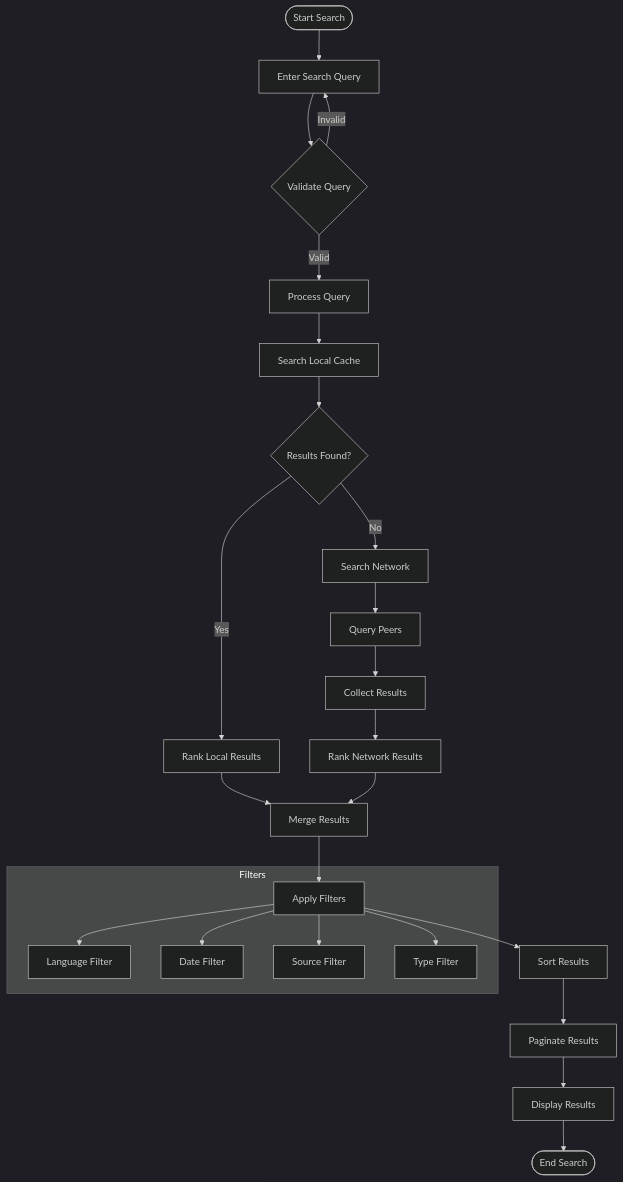
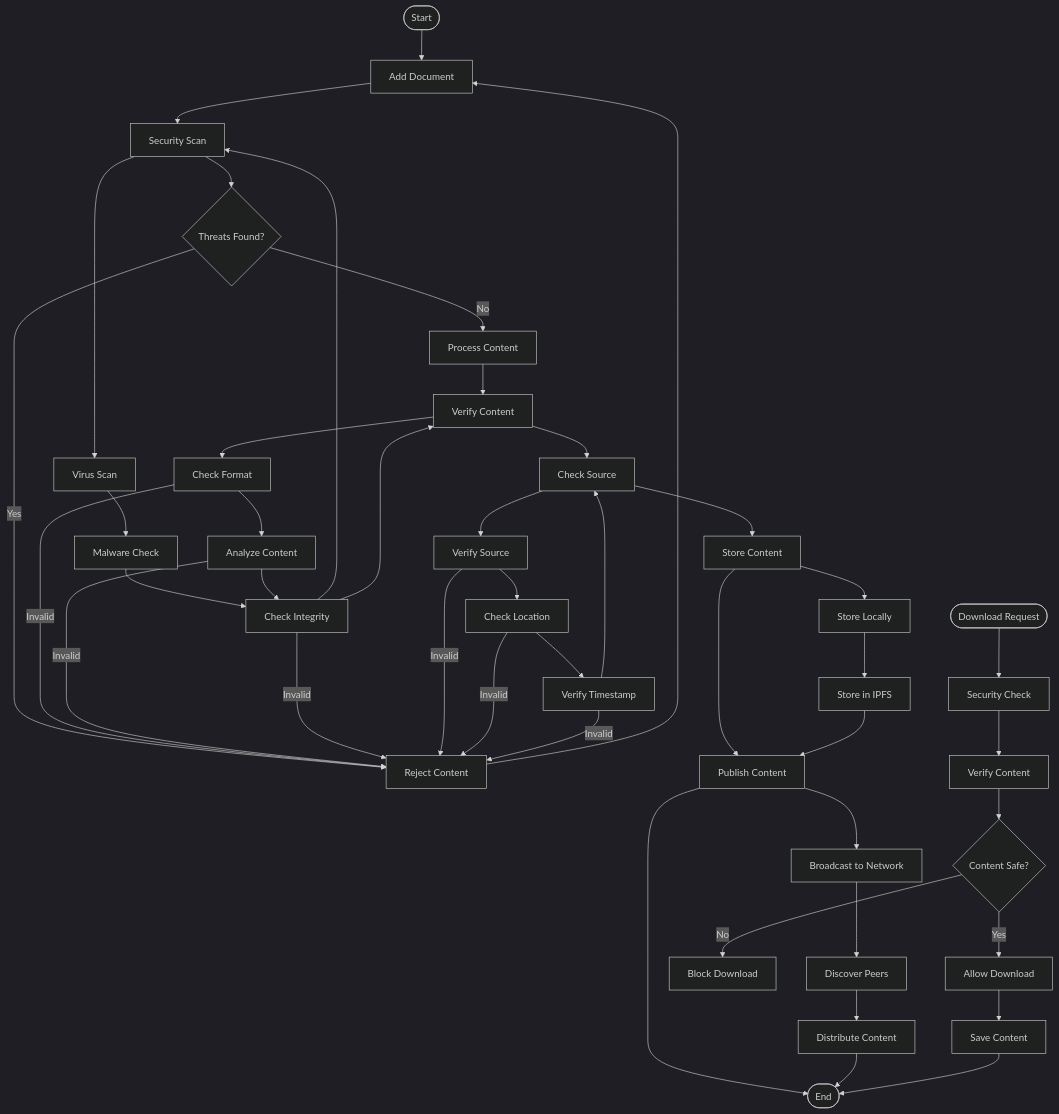
The diagram in Software Engineering/activity_diagram.md (AlLibrary-Libertarian-knowledge/DocsAndResearch_AlLibrary), drawn with Mermaid (dark theme) before and after one commit. The commit also changed 17 other files, not shown here.

````diff
--- a/Software Engineering/activity_diagram.md
+++ b/Software Engineering/activity_diagram.md
@@ -1,33 +1,61 @@
 ```mermaid
-flowchart TD
-    Start([Start Search]) --> Input[Enter Search Query]
-    Input --> Validate{Validate Query}
-    Validate -->|Invalid| Input
-    Validate -->|Valid| Process[Process Query]
+graph TB
+    %% Document Processing Flow
+    Start([Start]) --> AddDoc[Add Document]
+    AddDoc --> SecurityScan[Security Scan]
+    SecurityScan --> ThreatCheck{Threats Found?}
+    ThreatCheck -->|Yes| RejectContent[Reject Content]
+    ThreatCheck -->|No| ProcessContent[Process Content]
+    ProcessContent --> VerifyContent[Verify Content]
+    VerifyContent --> CheckSource[Check Source]
+    CheckSource --> StoreContent[Store Content]
+    StoreContent --> PublishContent[Publish Content]
+    PublishContent --> End([End])
 
-    Process --> LocalSearch[Search Local Cache]
-    LocalSearch --> CheckResults{Results Found?}
+    %% Security Scanning Flow
+    SecurityScan --> VirusScan[Virus Scan]
+    VirusScan --> MalwareCheck[Malware Check]
+    MalwareCheck --> IntegrityCheck[Integrity Check]
+    IntegrityCheck --> SecurityScan
 
-    CheckResults -->|Yes| RankLocal[Rank Local Results]
-    CheckResults -->|No| NetworkSearch[Search Network]
+    %% Content Verification Flow
+    VerifyContent --> FormatCheck[Check Format]
+    FormatCheck --> ContentAnalysis[Analyze Content]
+    ContentAnalysis --> IntegrityCheck[Check Integrity]
+    IntegrityCheck --> VerifyContent
 
-    NetworkSearch --> PeerQuery[Query Peers]
-    PeerQuery --> CollectResults[Collect Results]
-    CollectResults --> RankNetwork[Rank Network Results]
+    %% Source Verification Flow
+    CheckSource --> SourceCheck[Verify Source]
+    SourceCheck --> LocationCheck[Check Location]
+    LocationCheck --> TimestampCheck[Verify Timestamp]
+    TimestampCheck --> CheckSource
 
-    RankLocal --> MergeResults[Merge Results]
-    RankNetwork --> MergeResults
+    %% Error Handling
+    FormatCheck -->|Invalid| RejectContent
+    ContentAnalysis -->|Invalid| RejectContent
+    IntegrityCheck -->|Invalid| RejectContent
+    SourceCheck -->|Invalid| RejectContent
+    LocationCheck -->|Invalid| RejectContent
+    TimestampCheck -->|Invalid| RejectContent
+    RejectContent --> AddDoc
 
-    MergeResults --> Filter[Apply Filters]
-    Filter --> Sort[Sort Results]
-    Sort --> Paginate[Paginate Results]
-    Paginate --> Display[Display Results]
-    Display --> End([End Search])
+    %% Content Storage Flow
+    StoreContent --> LocalStorage[Store Locally]
+    LocalStorage --> IPFSStorage[Store in IPFS]
+    IPFSStorage --> PublishContent
 
-    subgraph Filters
-        Filter --> Language[Language Filter]
-        Filter --> Date[Date Filter]
-        Filter --> Source[Source Filter]
-        Filter --> Type[Type Filter]
-    end
+    %% Content Publishing Flow
+    PublishContent --> NetworkBroadcast[Broadcast to Network]
+    NetworkBroadcast --> PeerDiscovery[Discover Peers]
+    PeerDiscovery --> ContentDistribution[Distribute Content]
+    ContentDistribution --> End
+
+    %% Download Flow
+    Download([Download Request]) --> SecurityCheck[Security Check]
+    SecurityCheck --> ContentVerify[Verify Content]
+    ContentVerify --> DownloadCheck{Content Safe?}
+    DownloadCheck -->|No| BlockDownload[Block Download]
+    DownloadCheck -->|Yes| AllowDownload[Allow Download]
+    AllowDownload --> SaveContent[Save Content]
+    SaveContent --> End
 ```
````
